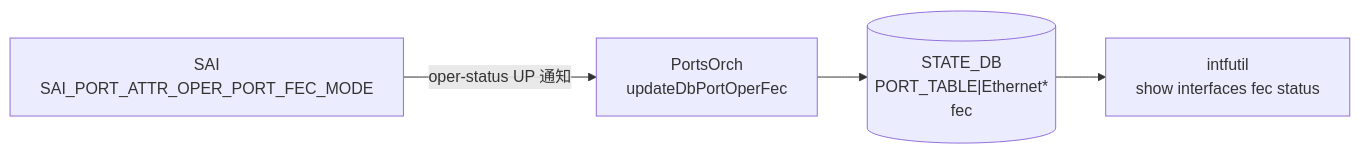
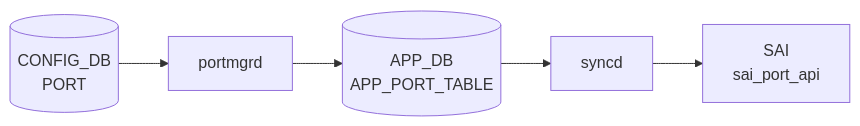
Before and after one commit to aoki-taquan/sonic-unofficial-docs: the diagram in docs/reference/config-db/fec-state.md, drawn with Mermaid. The commit also changed other lines of this file and 359 other files, not shown here.

````diff
--- a/docs/reference/config-db/fec-state.md
+++ b/docs/reference/config-db/fec-state.md
@@ -47,11 +47,12 @@
 ```mermaid
 flowchart LR
-  SAI["SAI<br/>SAI_PORT_ATTR_OPER_PORT_FEC_MODE"]
-  ORCH["PortsOrch<br/>updateDbPortOperFec"]
-  STATE[("STATE_DB<br/>PORT_TABLE|Ethernet*<br/>fec")]
-  CLI["intfutil<br/>show interfaces fec status"]
-
-  SAI -->|"oper-status UP 通知"| ORCH
-  ORCH --> STATE
-  STATE --> CLI
+  CDB[("CONFIG_DB<br/>PORT")]
+  DM["portmgrd"]
+  CDB --> DM
+  APPDB[("APP_DB<br/>APP_PORT_TABLE")]
+  DM --> APPDB
+  SYNCD["syncd"]
+  APPDB --> SYNCD
+  SAI["SAI<br/>sai_port_api"]
+  SYNCD --> SAI
 ```
````
